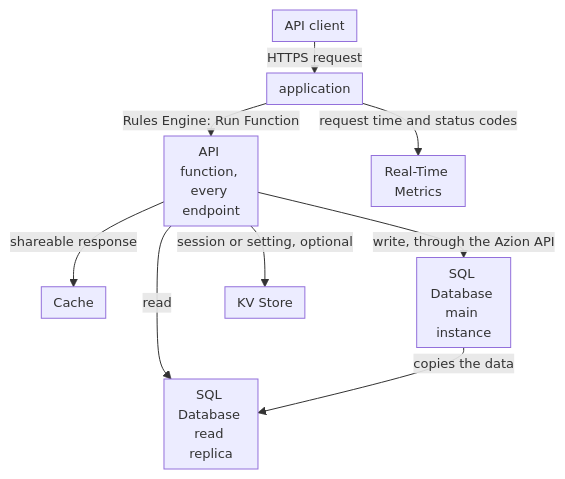
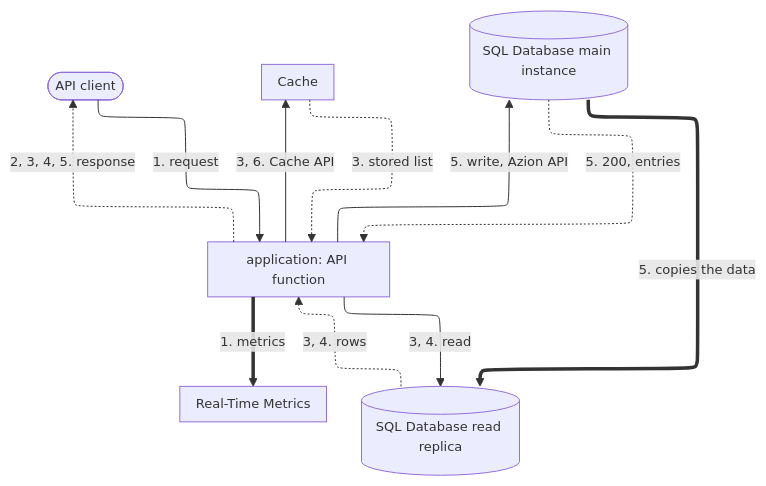
One commit to aziontech/docs changed the diagram in apps/docs/src/content/docs/en/pages/use-cases/build-and-run-applications/build-rest-and-graphql-apis.mdx. Above: the diagram before and after it, drawn with Mermaid. The commit also changed other lines of this file and 55 other files, not shown here.

Commit message:
docs(use-cases): redraw the use-case diagrams with the way back and check their claims (#2509)

````diff
--- a/apps/docs/src/content/docs/en/pages/use-cases/build-and-run-applications/build-rest-and-graphql-apis.mdx
+++ b/apps/docs/src/content/docs/en/pages/use-cases/build-and-run-applications/build-rest-and-graphql-apis.mdx
@@ -39,12 +41,20 @@
 ```mermaid
-%%{init: {"layout": "dagre", "themeVariables": {"fontSize": "13px"}, "flowchart": {"nodeSpacing": 12, "rankSpacing": 12, "padding": 6, "wrappingWidth": 70, "minNodeWidth": 40, "useMaxWidth": true}}}%%
+%%{init: {"layout": "elk", "elk": {"cycleBreakingStrategy": "MODEL_ORDER"}, "themeVariables": {"fontSize": "13px"}, "flowchart": {"nodeSpacing": 24, "rankSpacing": 36, "padding": 8, "wrappingWidth": 150, "useMaxWidth": true}, "sequence": {"width": 120, "actorMargin": 30, "useMaxWidth": true}}}%%
 flowchart TD
-  Client["API client"] -->|"HTTPS request"| App["application"]
-  App -->|"Rules Engine: Run Function"| Fn["API function, every endpoint"]
-  Fn -->|"shareable response"| Cache["Cache"]
-  Fn -->|"read"| Replica["SQL Database read replica"]
-  Fn -->|"write, through the Azion API"| Main["SQL Database main instance"]
-  Main -->|"copies the data"| Replica
-  Fn -->|"session or setting, optional"| KV["KV Store"]
-  App -->|"request time and status codes"| RTM["Real-Time Metrics"]
+  Client(["API client"])
+  RTM["Real-Time Metrics"]
+  App["application: API function"]
+  Cache["Cache"]
+  Main[("SQL Database main instance")]
+  Replica[("SQL Database read replica")]
+  Client -->|"1. request"| App
+  App -->|"3, 6. Cache API"| Cache
+  App -->|"5. write, Azion API"| Main
+  App -->|"3, 4. read"| Replica
+  Cache -.->|"3. stored list"| App
+  Main -.->|"5. 200, entries"| App
+  Replica -.->|"3, 4. rows"| App
+  App -.->|"2, 3, 4, 5. response"| Client
+  Main ==>|"5. copies the data"| Replica
+  App ==>|"1. metrics"| RTM
 ```
````
